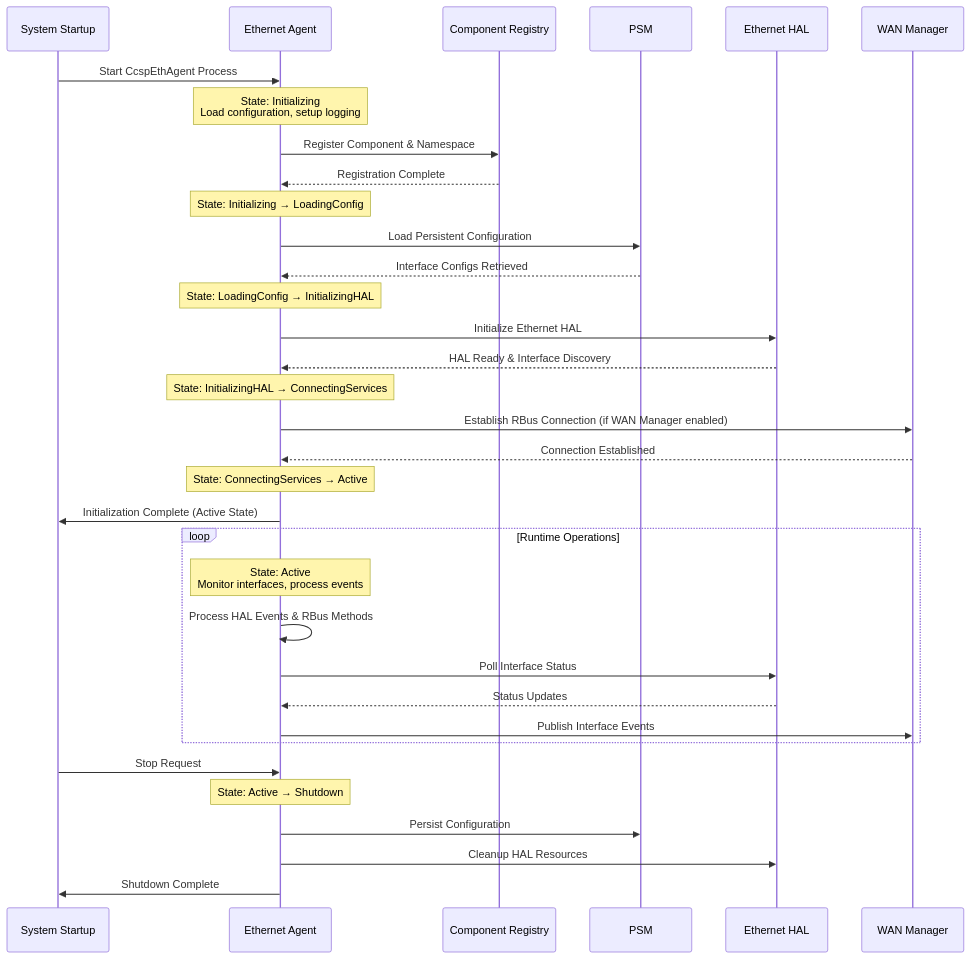
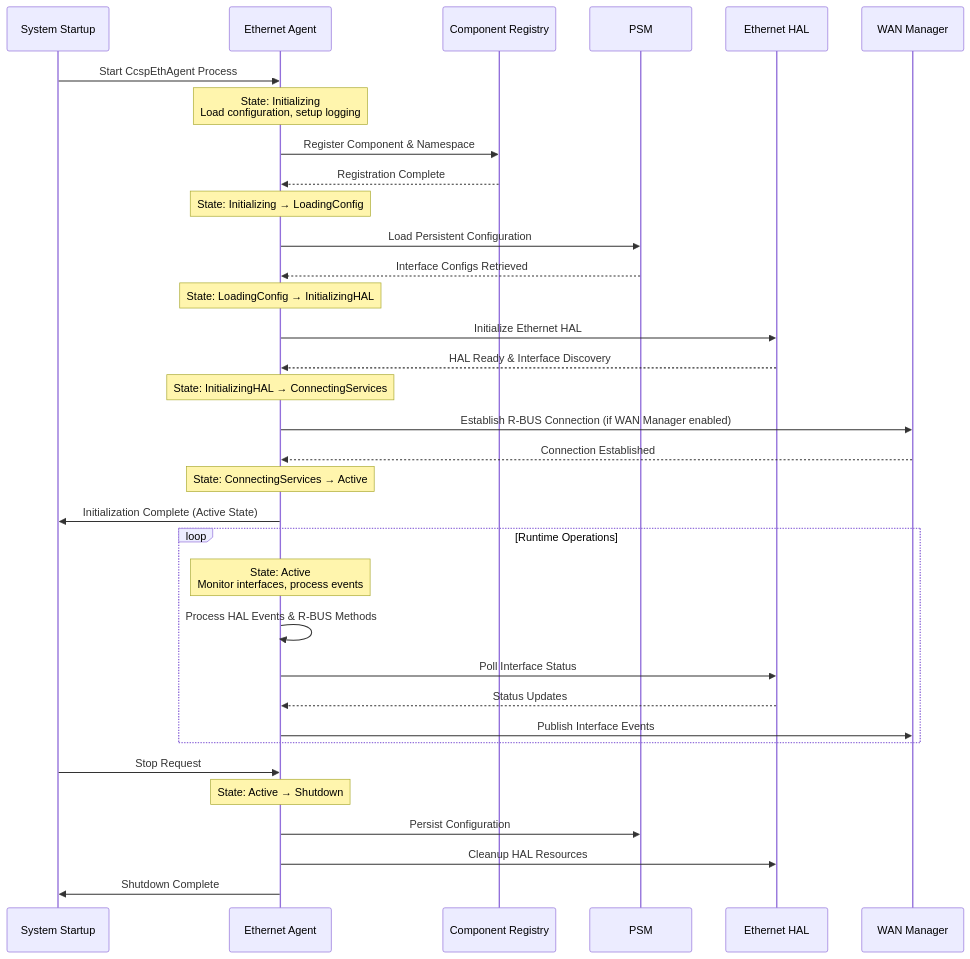
One commit to rdkcentral/ethernet-agent changed the third of 7 diagrams in README.md. Above: the diagram before and after it, drawn with Mermaid. The commit also changed other lines of this file, not shown here.

````diff
--- a/README.md
+++ b/README.md
@@ -181,44 +181,44 @@
 ```mermaid
 sequenceDiagram
     participant System as System Startup
     participant EthAgent as Ethernet Agent
     participant CR as Component Registry
     participant PSM as PSM
     participant HAL as Ethernet HAL
     participant WanMgr as WAN Manager
 
     System->>EthAgent: Start CcspEthAgent Process
     Note over EthAgent: State: Initializing<br/>Load configuration, setup logging
     
     EthAgent->>CR: Register Component & Namespace
     CR-->>EthAgent: Registration Complete
     Note over EthAgent: State: Initializing → LoadingConfig
     
     EthAgent->>PSM: Load Persistent Configuration
     PSM-->>EthAgent: Interface Configs Retrieved
     Note over EthAgent: State: LoadingConfig → InitializingHAL
     
     EthAgent->>HAL: Initialize Ethernet HAL
     HAL-->>EthAgent: HAL Ready & Interface Discovery
     Note over EthAgent: State: InitializingHAL → ConnectingServices
     
-    EthAgent->>WanMgr: Establish RBus Connection (if WAN Manager enabled)
+    EthAgent->>WanMgr: Establish R-BUS Connection (if WAN Manager enabled)
     WanMgr-->>EthAgent: Connection Established
     Note over EthAgent: State: ConnectingServices → Active
     
     EthAgent->>System: Initialization Complete (Active State)
     
     loop Runtime Operations
         Note over EthAgent: State: Active<br/>Monitor interfaces, process events
-        EthAgent->>EthAgent: Process HAL Events & RBus Methods
+        EthAgent->>EthAgent: Process HAL Events & R-BUS Methods
         EthAgent->>HAL: Poll Interface Status
         HAL-->>EthAgent: Status Updates
         EthAgent->>WanMgr: Publish Interface Events
     end
     
     System->>EthAgent: Stop Request
     Note over EthAgent: State: Active → Shutdown
     EthAgent->>PSM: Persist Configuration
     EthAgent->>HAL: Cleanup HAL Resources
     EthAgent->>System: Shutdown Complete
 ```
````
